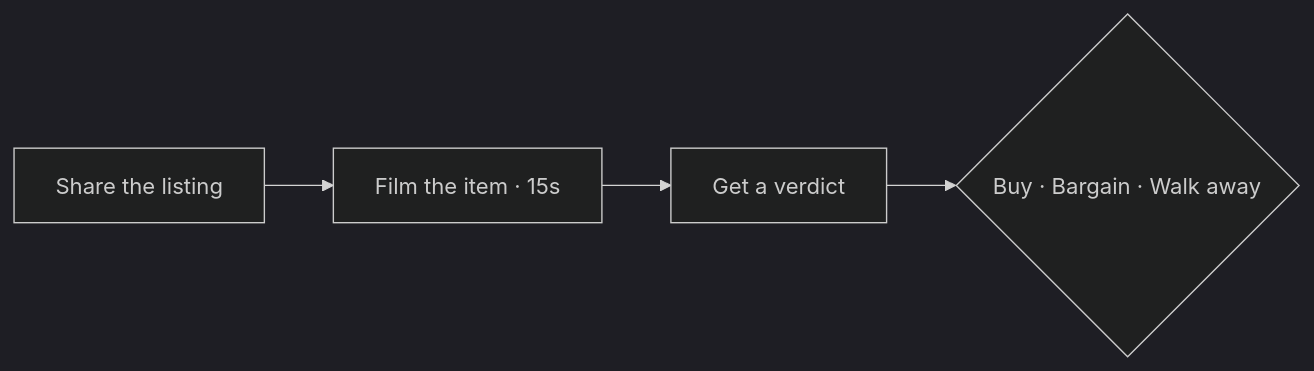
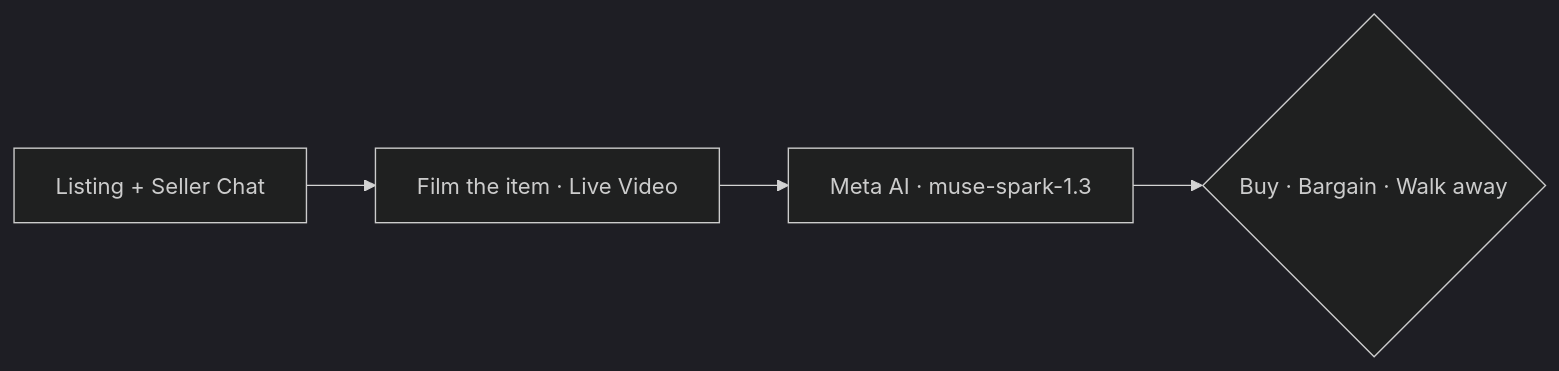
Before and after one commit to mohamedXashraf/anti-scam-agent: the first of 2 diagrams in README.md, drawn with Mermaid (dark theme). The commit also changed other lines of this file, not shown here.

````diff
--- a/README.md
+++ b/README.md
@@ -64,6 +65,6 @@
 ```mermaid
 flowchart LR
-  A[Share the listing] --> B[Film the item · 15s]
-  B --> C[Get a verdict]
+  A[Listing + Seller Chat] --> B[Film the item · Live Video]
+  B --> C[Meta AI · muse-spark-1.3]
   C --> D{Buy · Bargain · Walk away}
 ```
````
